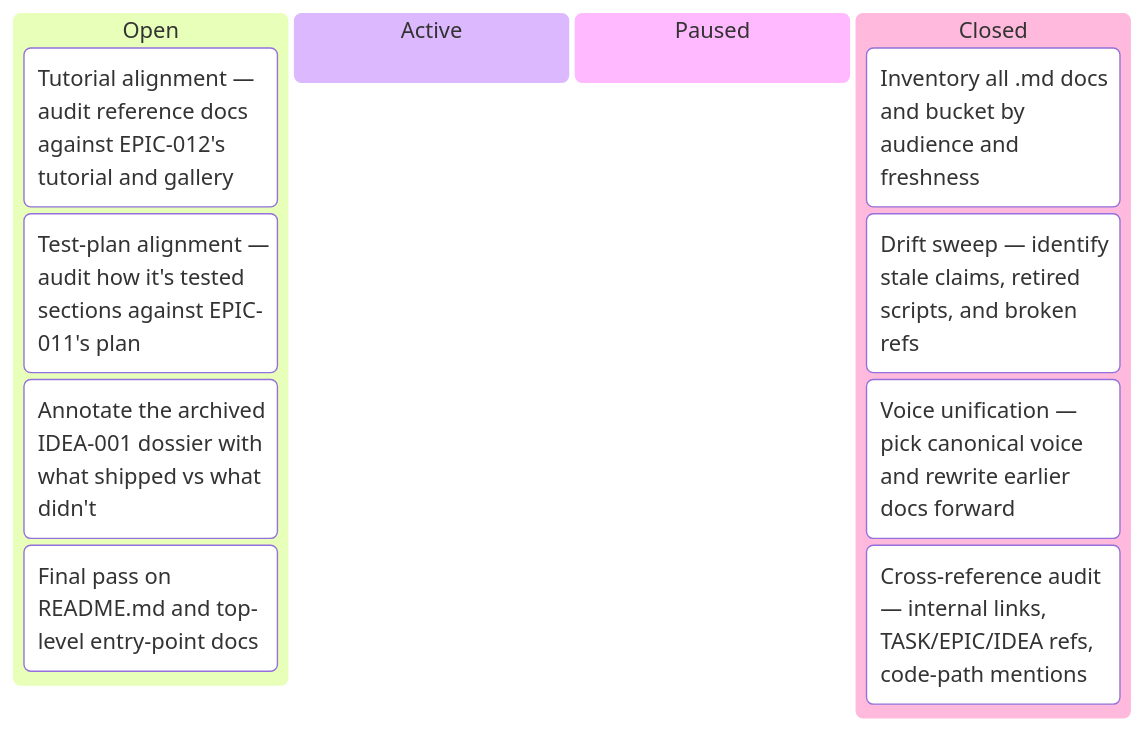
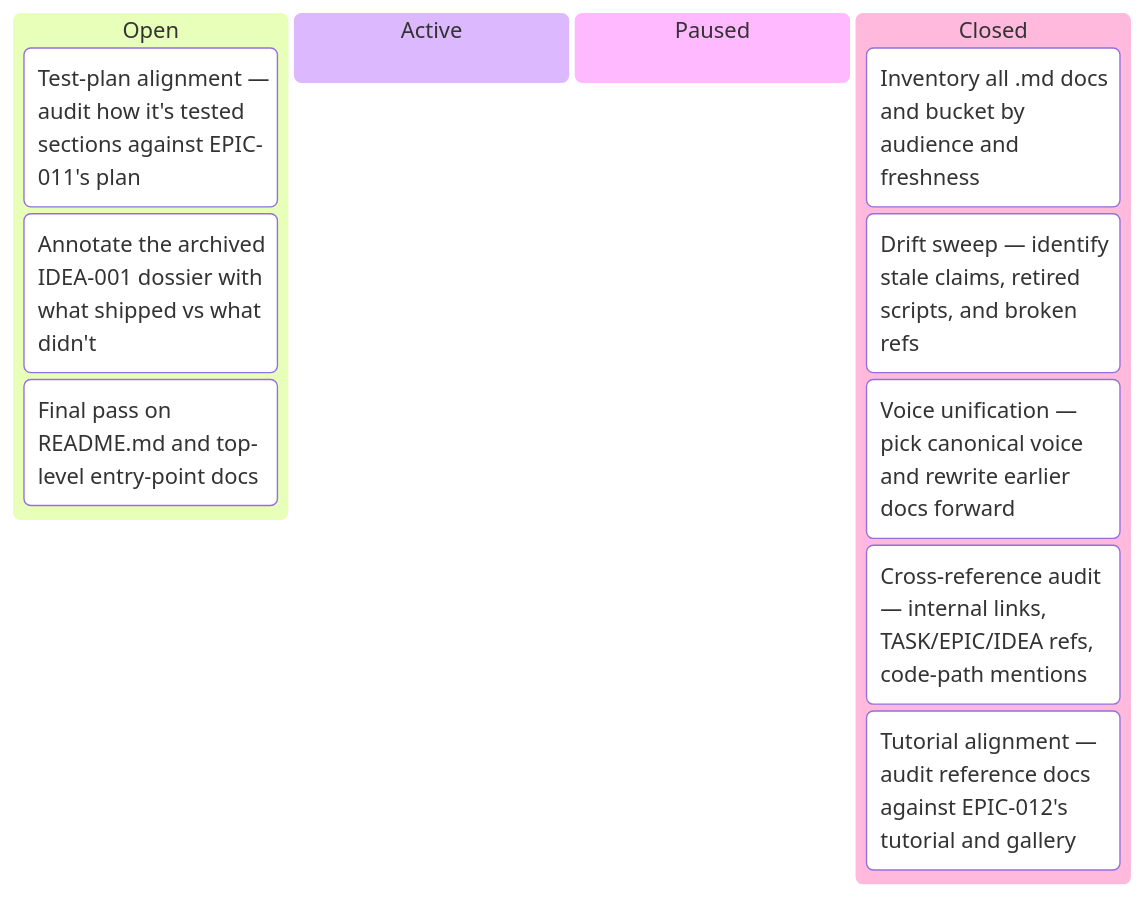
Before and after one commit to tgd1975/CircuitSmith: the second of 3 diagrams in docs/developers/tasks/KANBAN.md, drawn with Mermaid. The commit also changed other lines of this file and 11 other files, not shown here.

First line of the commit message:
close TASK-106: tutorial alignment with EPIC-012

````diff
--- a/docs/developers/tasks/KANBAN.md
+++ b/docs/developers/tasks/KANBAN.md
@@ -33,15 +33,15 @@
 ```mermaid
 kanban
   Open
-    TASK_106["Tutorial alignment — audit reference docs against EPIC-012's tutorial and gallery"]
     TASK_107["Test-plan alignment — audit how it's tested sections against EPIC-011's plan"]
     TASK_108["Annotate the archived IDEA-001 dossier with what shipped vs what didn't"]
     TASK_109["Final pass on README.md and top-level entry-point docs"]
   Active
   Paused
   Closed
     TASK_102["Inventory all .md docs and bucket by audience and freshness"]
     TASK_103["Drift sweep — identify stale claims, retired scripts, and broken refs"]
     TASK_104["Voice unification — pick canonical voice and rewrite earlier docs forward"]
     TASK_105["Cross-reference audit — internal links, TASK/EPIC/IDEA refs, code-path mentions"]
+    TASK_106["Tutorial alignment — audit reference docs against EPIC-012's tutorial and gallery"]
 ```
````
